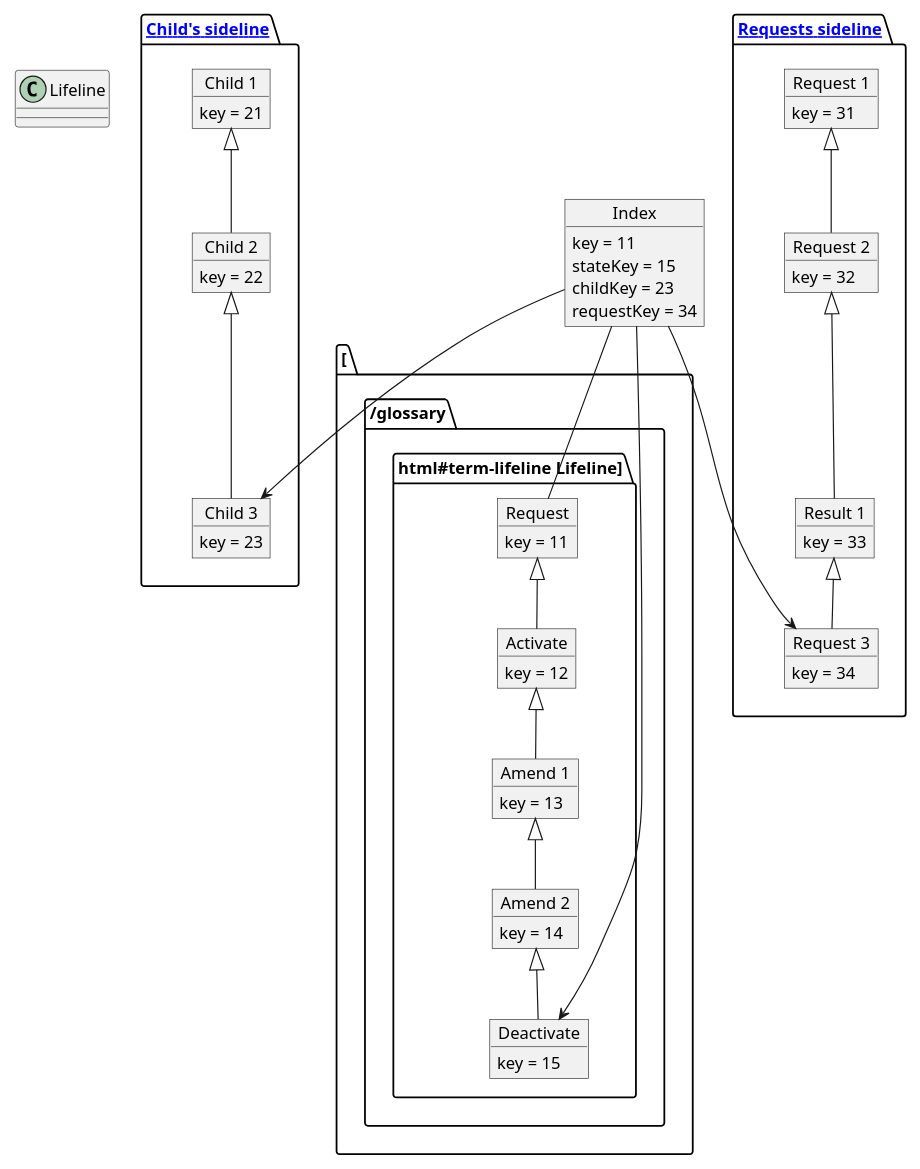
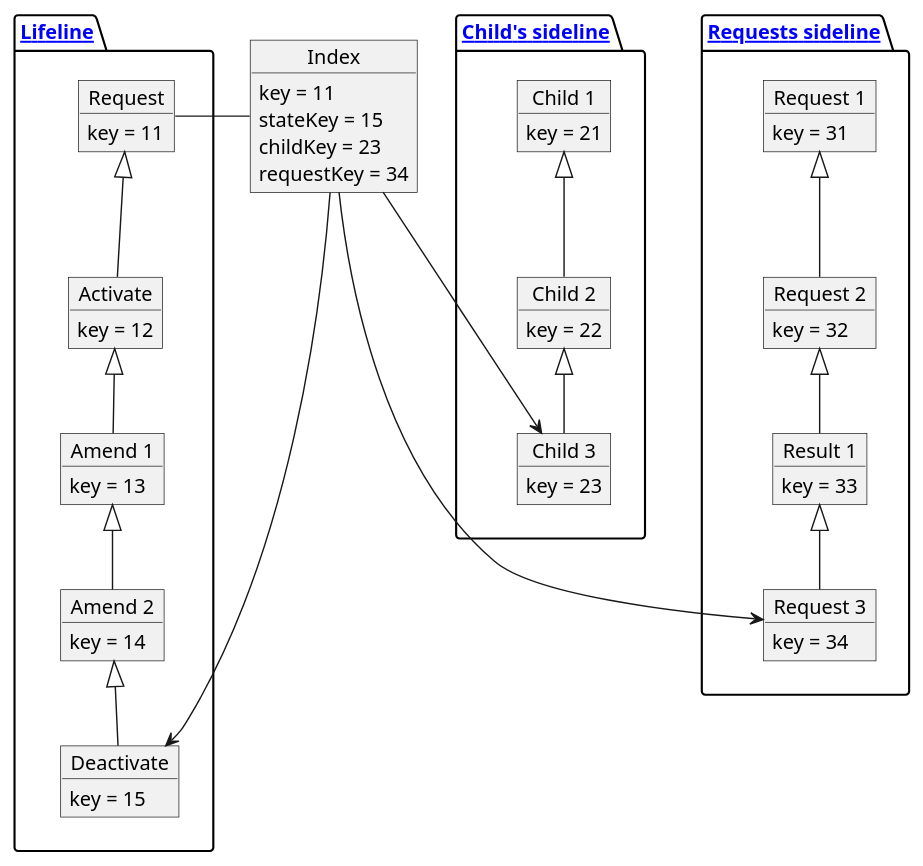
Before and after one commit to sofiayem/rtd-doc-tests: the fourth of 5 diagrams in docs/source/architecture.rst, drawn with PlantUML. The commit also changed other lines of this file, not shown here.

```diff
--- a/docs/source/architecture.rst
+++ b/docs/source/architecture.rst
@@ -616,64 +625,63 @@
 .. uml::
 
-   scale 5/6
-   package "[[../glossary.html#term-lifeline Lifeline]]" {
+   package "[[../glossary.html#term-lifeline Lifeline]]" as Lifeline {
       object Request
       object Activate
       object "Amend 1" as Amend1
       object "Amend 2" as Amend2
       object Deactivate
    }
    object Index
 
    Amend2 <|-- Deactivate
    Amend1 <|-- Amend2
    Activate <|-- Amend1
    Request <|-- Activate
 
    package "[[../glossary.html#term-sideline Child's sideline]]" as chsl {
       object "Child 1" as Child1
       object "Child 2" as Child2
       object "Child 3" as Child3
    }
 
    Child1 <|-- Child2
    Child2 <|-- Child3
 
    package "[[../glossary.html#term-sideline Requests sideline]]" as rsl {
       object "Request 1" as Req1
       object "Request 2" as Req2
       object "Result 1" as Res1
       object "Request 3" as Req3
    }
 
    Req1 <|-- Req2
    Req2 <|-- Res1
    Res1 <|-- Req3
 
    Request : key = 11
    Activate : key = 12
    Amend1 : key = 13
    Amend2 : key = 14
    Deactivate : key = 15
 
    Child1 : key = 21
    Child2 : key = 22
    Child3 : key = 23
 
    Req1 : key = 31
    Req2 : key = 32
    Res1 : key = 33
    Req3 : key = 34
 
    Index : key = 11
    Index : stateKey = 15
    Index : childKey = 23
    Index : requestKey = 34
 
    Index -- Request
    Index --> Deactivate
    Index --> Child3
    Index --> Req3
    Lifeline -[hidden]r- chsl
    chsl -[hidden]r- rsl
    rsl  -[hidden]r- Index
```
